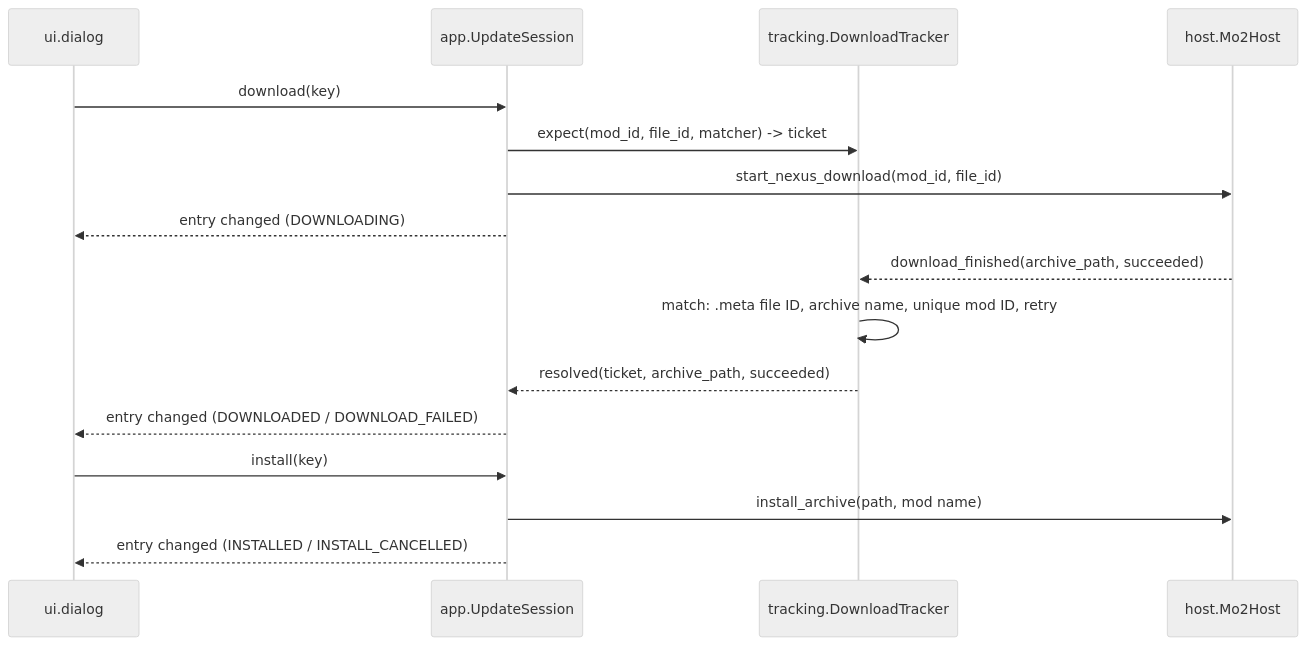
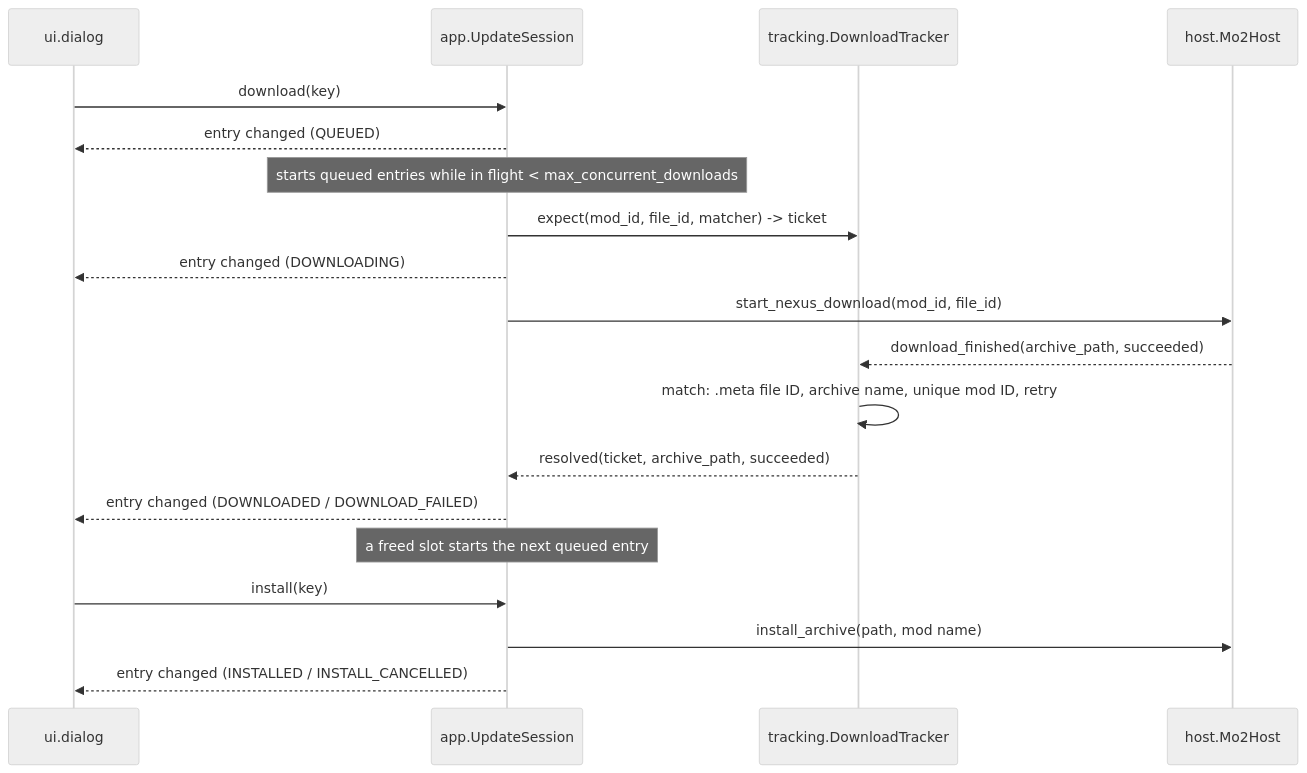
The third of 3 diagrams in ARCH.md (bnwa/mo2-nexus-auto-update), drawn with Mermaid (neutral theme) before and after one commit. The commit also changed other lines of this file and 6 other files, not shown here.

Commit message:
feat: add max concurrent DLs setting

````diff
--- a/ARCH.md
+++ b/ARCH.md
@@ -152,18 +152,21 @@
 ```mermaid
 sequenceDiagram
     participant UI as ui.dialog
     participant S as app.UpdateSession
     participant T as tracking.DownloadTracker
     participant H as host.Mo2Host
     UI->>S: download(key)
+    S-->>UI: entry changed (QUEUED)
+    Note over S: starts queued entries while in flight < max_concurrent_downloads
     S->>T: expect(mod_id, file_id, matcher) -> ticket
+    S-->>UI: entry changed (DOWNLOADING)
     S->>H: start_nexus_download(mod_id, file_id)
-    S-->>UI: entry changed (DOWNLOADING)
     H-->>T: download_finished(archive_path, succeeded)
     T->>T: match: .meta file ID, archive name, unique mod ID, retry
     T-->>S: resolved(ticket, archive_path, succeeded)
     S-->>UI: entry changed (DOWNLOADED / DOWNLOAD_FAILED)
+    Note over S: a freed slot starts the next queued entry
     UI->>S: install(key)
     S->>H: install_archive(path, mod name)
     S-->>UI: entry changed (INSTALLED / INSTALL_CANCELLED)
 ```
````
